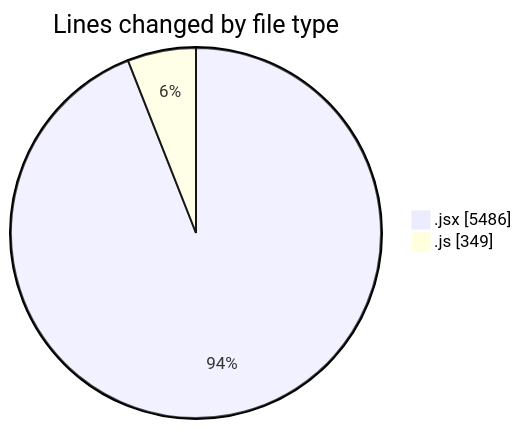
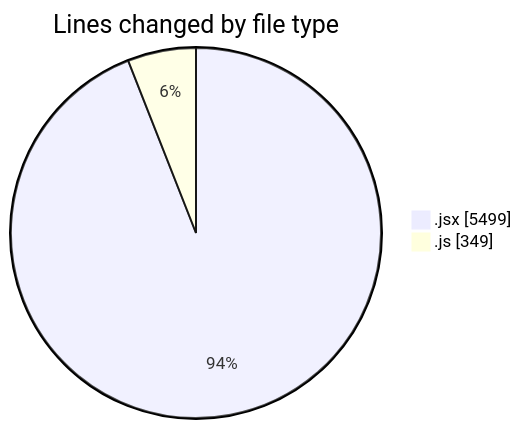
The first of 2 diagrams in 2025-12-11/nxtqube_webapp/README.md (nxtqubesakshisongat/code-tracking), drawn with Mermaid before and after one commit. The commit also changed other lines of this file and 1 other file, not shown here.

````diff
--- a/2025-12-11/nxtqube_webapp/README.md
+++ b/2025-12-11/nxtqube_webapp/README.md
@@ -29,6 +29,6 @@
 ```mermaid
 pie showData
 title Lines changed by file type
-".jsx" : 5486
+".jsx" : 5499
 ".js" : 349
 ```
````
